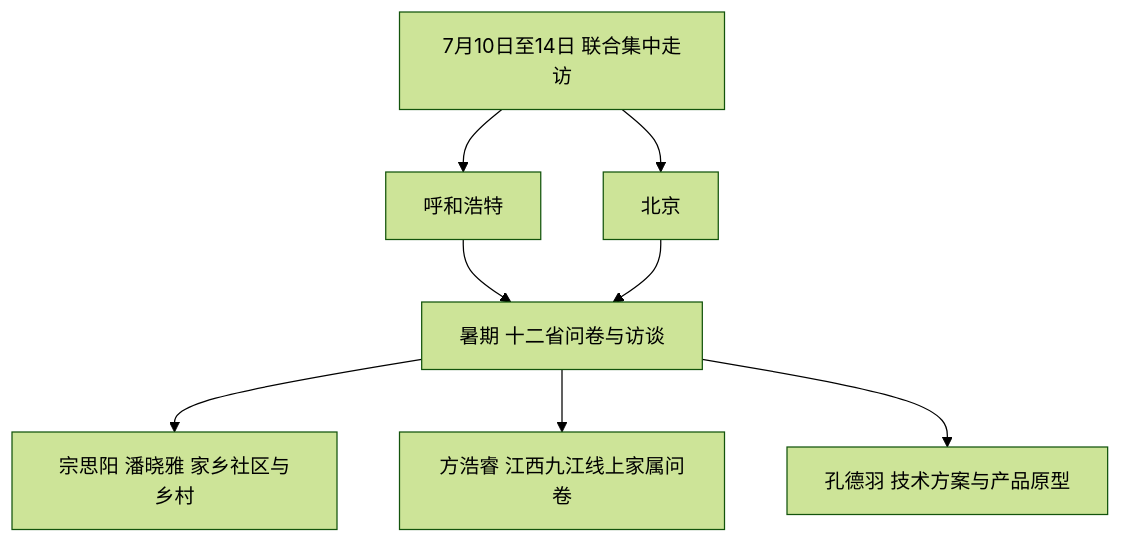
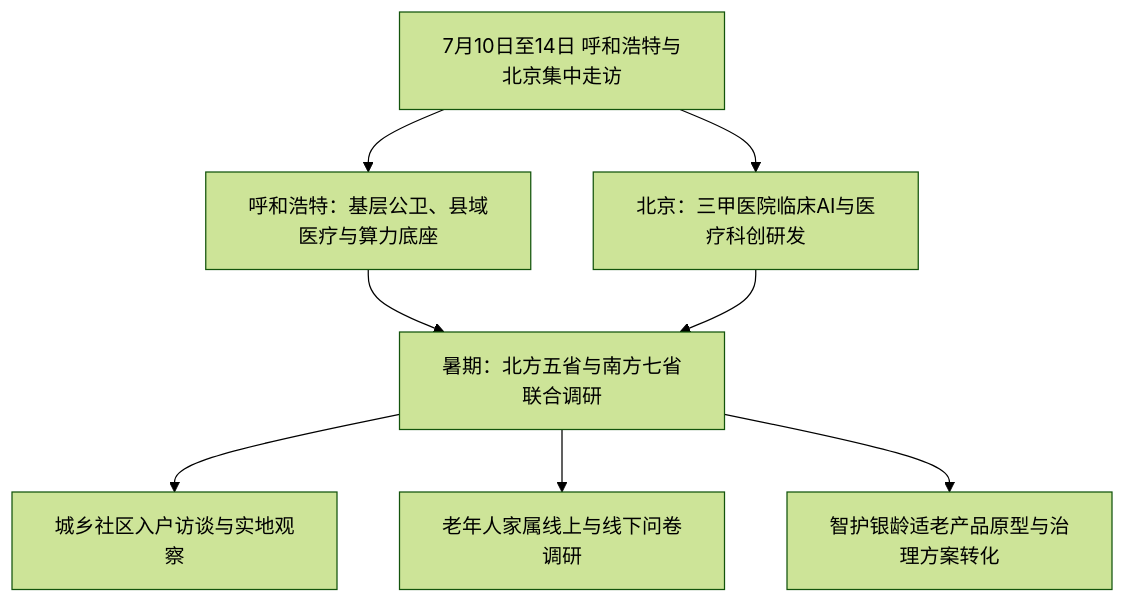
Before and after one commit to AIMFllyYS/Blog-YuSheng: the diagram in content/posts/hui-lao-zhi-zhi-practice/index.md, drawn with Mermaid (forest theme). The commit also changed other lines of this file and 24 other files, not shown here.

````diff
--- a/content/posts/hui-lao-zhi-zhi-practice/index.md
+++ b/content/posts/hui-lao-zhi-zhi-practice/index.md
@@ -695,11 +60,11 @@
 ```mermaid
 flowchart TB
-  Joint[7月10日至14日 联合集中走访]
-  Joint --> Hohhot[呼和浩特]
-  Joint --> Beijing[北京]
-  Hohhot --> Summer[暑期 十二省问卷与访谈]
+  Joint["7月10日至14日 呼和浩特与北京集中走访"]
+  Joint --> Hohhot["呼和浩特：基层公卫、县域医疗与算力底座"]
+  Joint --> Beijing["北京：三甲医院临床AI与医疗科创研发"]
+  Hohhot --> Summer["暑期：北方五省与南方七省联合调研"]
   Beijing --> Summer
-  Summer --> Hometown[宗思阳 潘晓雅 家乡社区与乡村]
-  Summer --> Jiujiang[方浩睿 江西九江线上家属问卷]
-  Summer --> Proto[孔德羽 技术方案与产品原型]
+  Summer --> Field["城乡社区入户访谈与实地观察"]
+  Summer --> Family["老年人家属线上与线下问卷调研"]
+  Summer --> Proto["智护银龄适老产品原型与治理方案转化"]
 ```
````
